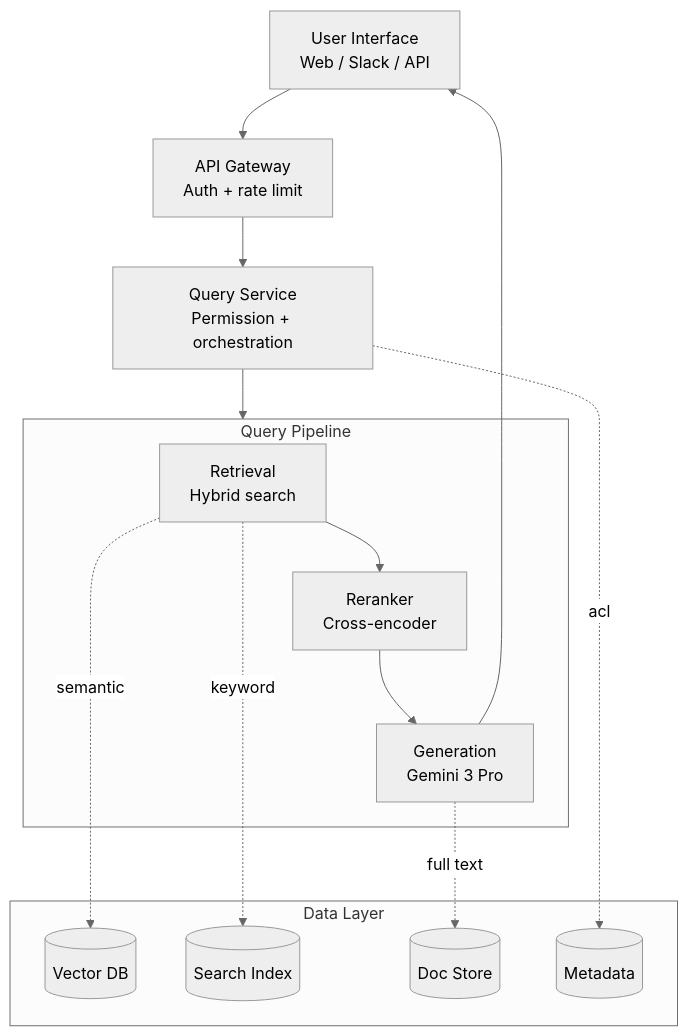
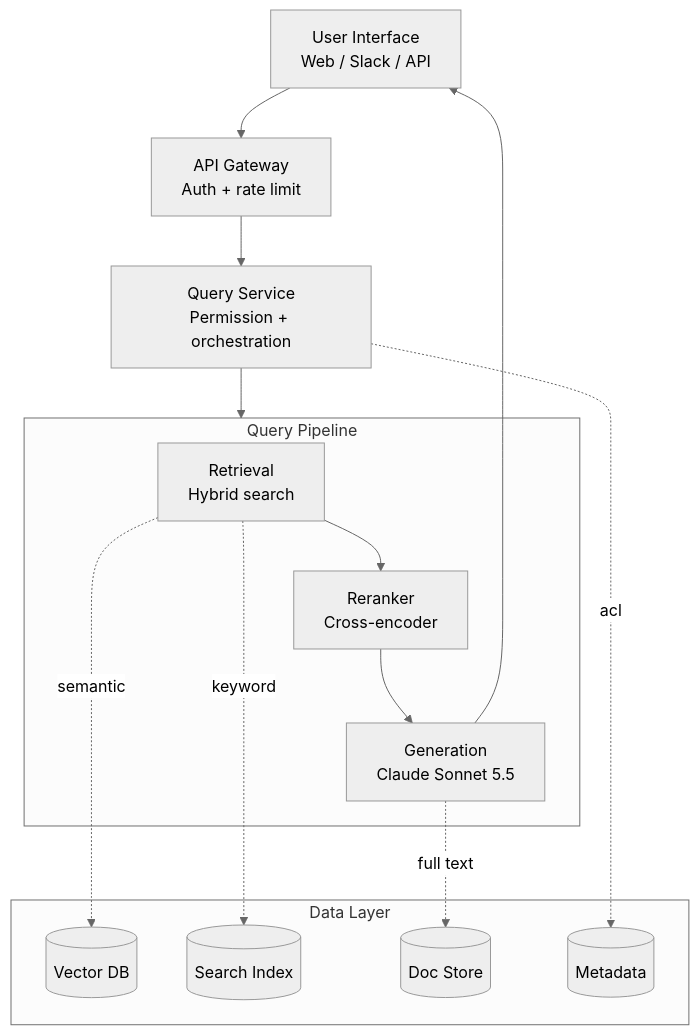
The first of 3 diagrams in 16-case-studies/01-enterprise-rag.md (ChiHoc/ai-system-design-guide-zh), drawn with Mermaid (neutral theme) before and after one commit. The commit also changed other lines of this file and 149 other files, not shown here.

````diff
--- a/16-case-studies/01-enterprise-rag.md
+++ b/16-case-studies/01-enterprise-rag.md
@@ -122,31 +122,31 @@
 ```mermaid
 flowchart TD
     UI[User Interface<br/>Web / Slack / API]
     GW[API Gateway<br/>Auth + rate limit]
     QS[Query Service<br/>Permission + orchestration]
 
     UI --> GW --> QS
 
     subgraph PIPELINE[Query Pipeline]
         RS[Retrieval<br/>Hybrid search]
         RR[Reranker<br/>Cross-encoder]
-        GS[Generation<br/>Gemini 3 Pro]
+        GS[Generation<br/>Claude Sonnet 5.5]
         RS --> RR --> GS
     end
 
     QS --> PIPELINE
 
     subgraph DATA[Data Layer]
         VDB[(Vector DB)]
         ES[(Search Index)]
         DOC[(Doc Store)]
         META[(Metadata)]
     end
 
     RS -.semantic.-> VDB
     RS -.keyword.-> ES
     GS -.full text.-> DOC
     QS -.acl.-> META
 
     GS --> UI
 ```
````
